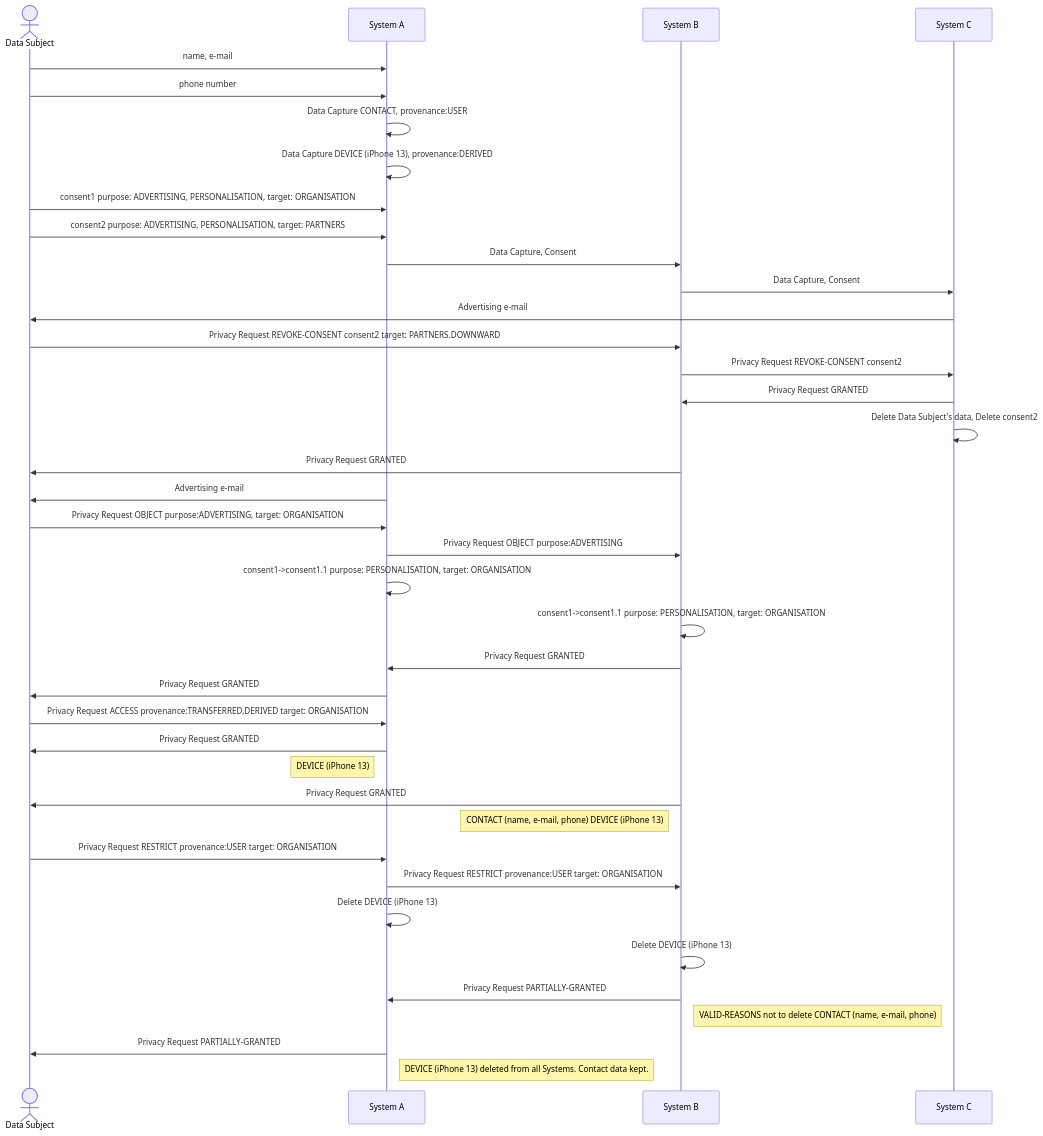
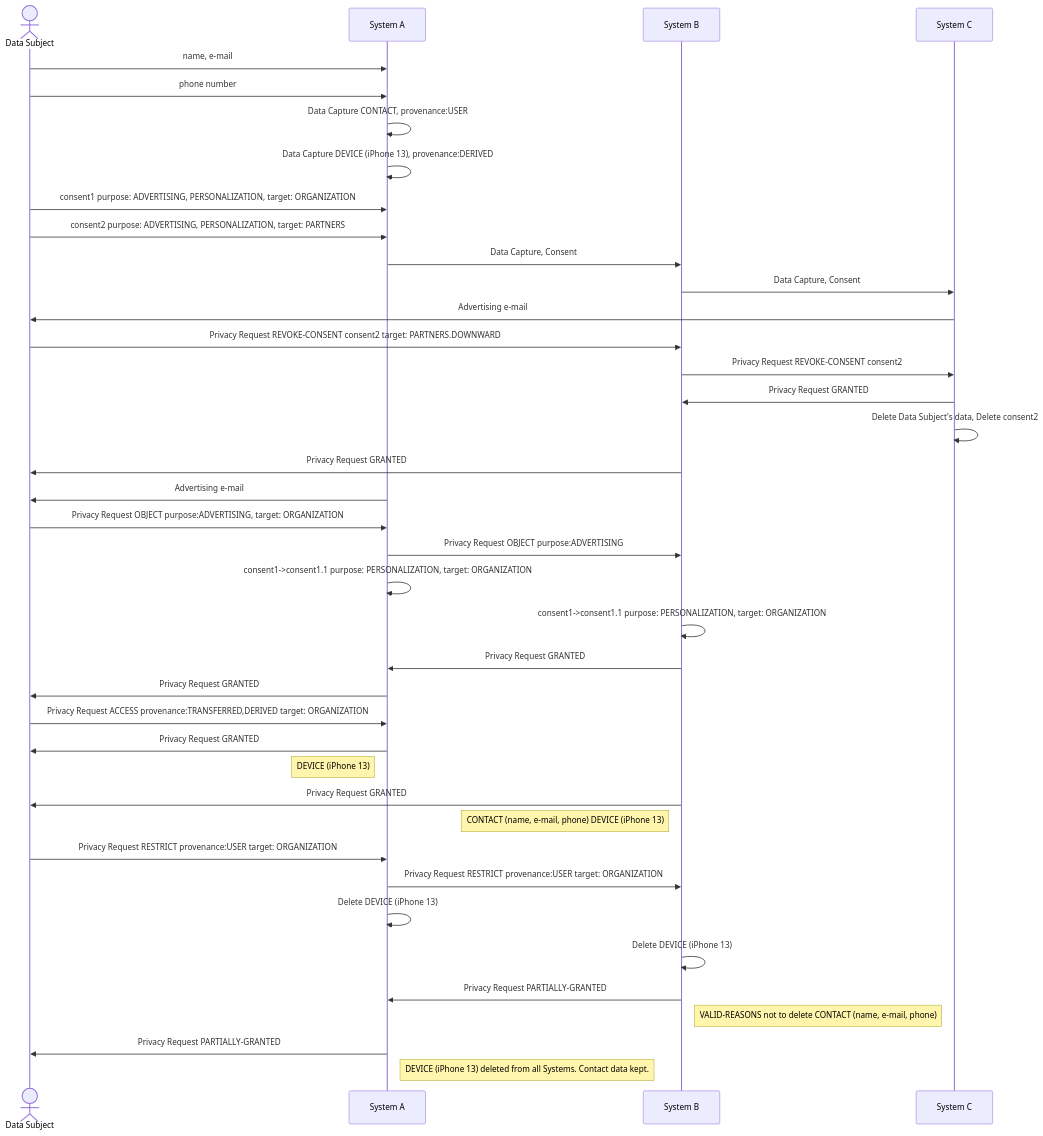
Before and after one commit to blindnet-io/product-management: diagram 11 of 11 in refs/schemas/priv/scenarios.md, drawn with Mermaid. The commit also changed other lines of this file and 7 other files, not shown here.

````diff
--- a/refs/schemas/priv/scenarios.md
+++ b/refs/schemas/priv/scenarios.md
@@ -341,61 +341,61 @@
 ```mermaid
 sequenceDiagram
     actor subject as Data Subject
     participant systemA as System A
     participant systemB as System B
     participant systemC as System C
 
     subject->>systemA: name, e-mail
     subject->>systemA: phone number
 
     systemA->>systemA: Data Capture CONTACT, provenance:USER
 
     systemA->>systemA: Data Capture DEVICE (iPhone 13), provenance:DERIVED
 
-    subject->>systemA: consent1 purpose: ADVERTISING, PERSONALISATION, target: ORGANISATION
-    subject->>systemA: consent2 purpose: ADVERTISING, PERSONALISATION, target: PARTNERS
+    subject->>systemA: consent1 purpose: ADVERTISING, PERSONALIZATION, target: ORGANIZATION
+    subject->>systemA: consent2 purpose: ADVERTISING, PERSONALIZATION, target: PARTNERS
 
     systemA->>systemB: Data Capture, Consent
     systemB->>systemC: Data Capture, Consent
 
     systemC->>subject: Advertising e-mail
 
     subject->>systemB: Privacy Request REVOKE-CONSENT consent2 target: PARTNERS.DOWNWARD
     systemB->>systemC: Privacy Request REVOKE-CONSENT consent2
 
     systemC->>systemB: Privacy Request GRANTED
     systemC->>systemC: Delete Data Subject's data, Delete consent2
 
     systemB->>subject: Privacy Request GRANTED
 
     systemA->>subject: Advertising e-mail
 
-    subject->>systemA: Privacy Request OBJECT purpose:ADVERTISING, target: ORGANISATION
+    subject->>systemA: Privacy Request OBJECT purpose:ADVERTISING, target: ORGANIZATION
     systemA->>systemB: Privacy Request OBJECT purpose:ADVERTISING
 
-    systemA->>systemA: consent1->consent1.1 purpose: PERSONALISATION, target: ORGANISATION
-    systemB->>systemB: consent1->consent1.1 purpose: PERSONALISATION, target: ORGANISATION
+    systemA->>systemA: consent1->consent1.1 purpose: PERSONALIZATION, target: ORGANIZATION
+    systemB->>systemB: consent1->consent1.1 purpose: PERSONALIZATION, target: ORGANIZATION
 
     systemB->>systemA: Privacy Request GRANTED
     systemA->>subject: Privacy Request GRANTED
 
-    subject->>systemA: Privacy Request ACCESS provenance:TRANSFERRED,DERIVED target: ORGANISATION
+    subject->>systemA: Privacy Request ACCESS provenance:TRANSFERRED,DERIVED target: ORGANIZATION
 
     systemA->>subject: Privacy Request GRANTED
     note left of systemA: DEVICE (iPhone 13)
 
     systemB->>subject: Privacy Request GRANTED
     note left of systemB: CONTACT (name, e-mail, phone) DEVICE (iPhone 13)
 
-    subject->>systemA: Privacy Request RESTRICT provenance:USER target: ORGANISATION
-    systemA->>systemB: Privacy Request RESTRICT provenance:USER target: ORGANISATION
+    subject->>systemA: Privacy Request RESTRICT provenance:USER target: ORGANIZATION
+    systemA->>systemB: Privacy Request RESTRICT provenance:USER target: ORGANIZATION
 
     systemA->>systemA: Delete DEVICE (iPhone 13)
     systemB->>systemB: Delete DEVICE (iPhone 13)
     systemB->>systemA: Privacy Request PARTIALLY-GRANTED
     note right of systemB: VALID-REASONS not to delete CONTACT (name, e-mail, phone)
 
     systemA->>subject: Privacy Request PARTIALLY-GRANTED
     note right of systemA: DEVICE (iPhone 13) deleted from all Systems. Contact data kept.
 
 ```
````
